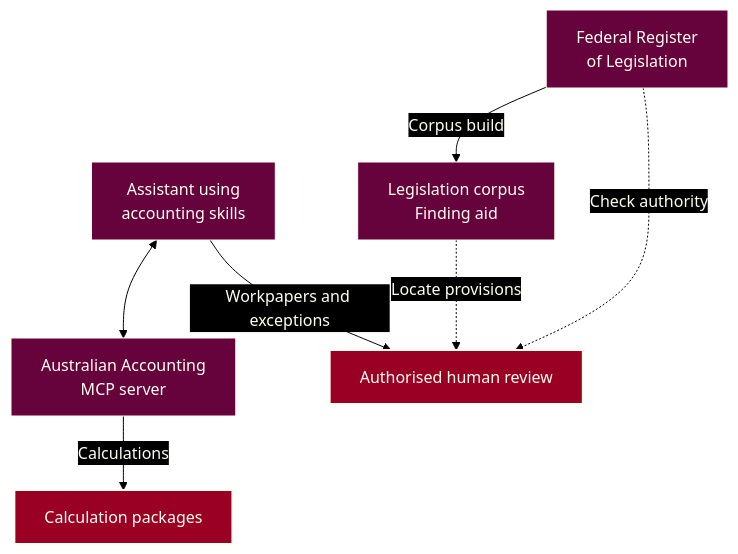
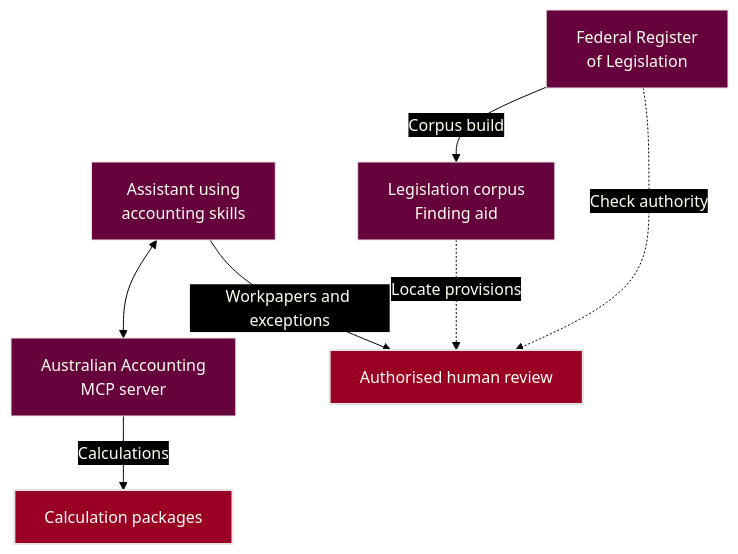
One commit to ryanduguid/ryanduguid changed the diagram in README.md. Above: the diagram before and after it, drawn with Mermaid.

Commit message:
Draw Mermaid borders and lines in platinum
Node borders, cluster borders, stroke styles and the line outline change from ivory (#FFFFF0) to platinum (#E5E4E2). Text stays ivory and the crimson and purple fills are unchanged.

````diff
--- a/README.md
+++ b/README.md
@@ -50,12 +50,12 @@
 ```mermaid
 flowchart TB
-%%{init: {"theme": "base", "look": "classic", "themeVariables": {"background": "#000000", "primaryColor": "#66023C", "primaryTextColor": "#FFFFF0", "primaryBorderColor": "#FFFFF0", "lineColor": "#000000", "textColor": "#FFFFF0", "edgeLabelBackground": "#000000", "clusterBkg": "#000000", "clusterBorder": "#FFFFF0", "titleColor": "#FFFFF0"}, "themeCSS": ".flowchart-link, .relationshipLine, marker path { filter: drop-shadow(0px 1px 0px #FFFFF0) drop-shadow(0px -1px 0px #FFFFF0) drop-shadow(1px 0px 0px #FFFFF0) drop-shadow(-1px 0px 0px #FFFFF0); }"}}%%
+%%{init: {"theme": "base", "look": "classic", "themeVariables": {"background": "#000000", "primaryColor": "#66023C", "primaryTextColor": "#FFFFF0", "primaryBorderColor": "#E5E4E2", "lineColor": "#000000", "textColor": "#FFFFF0", "edgeLabelBackground": "#000000", "clusterBkg": "#000000", "clusterBorder": "#E5E4E2", "titleColor": "#FFFFF0"}, "themeCSS": ".flowchart-link, .relationshipLine, marker path { filter: drop-shadow(0px 1px 0px #E5E4E2) drop-shadow(0px -1px 0px #E5E4E2) drop-shadow(1px 0px 0px #E5E4E2) drop-shadow(-1px 0px 0px #E5E4E2); }"}}%%
     assistant["Assistant using<br/>accounting skills"] <--> mcp["Australian Accounting<br/>MCP server"]
     mcp -->|Calculations| engines["Calculation packages"]
     assistant -->|Workpapers and exceptions| reviewer["Authorised human review"]
     official["Federal Register<br/>of Legislation"] -->|Corpus build| corpus["Legislation corpus<br/>Finding aid"]
     corpus -. Locate provisions .-> reviewer
     official -. Check authority .-> reviewer
-    style engines fill:#990024,stroke:#FFFFF0,stroke-width:2px,color:#FFFFF0
-    style reviewer fill:#990024,stroke:#FFFFF0,stroke-width:2px,color:#FFFFF0
+    style engines fill:#990024,stroke:#E5E4E2,stroke-width:2px,color:#FFFFF0
+    style reviewer fill:#990024,stroke:#E5E4E2,stroke-width:2px,color:#FFFFF0
 ```
````
